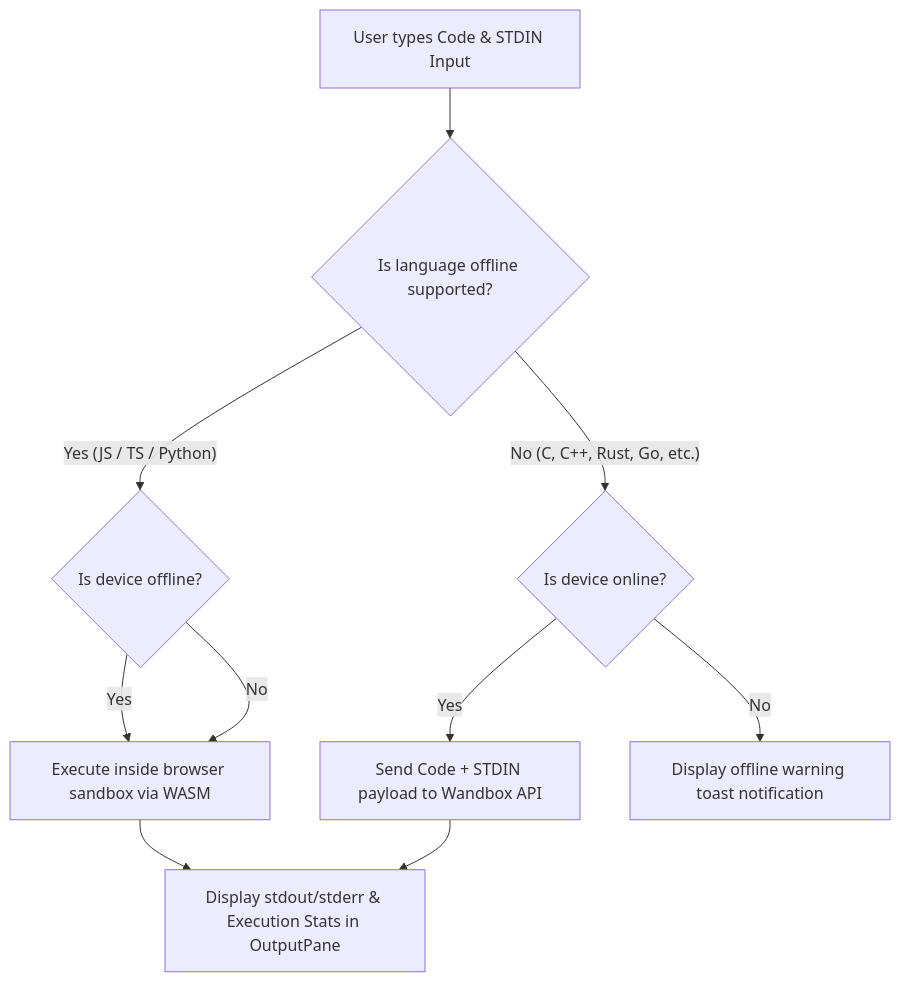
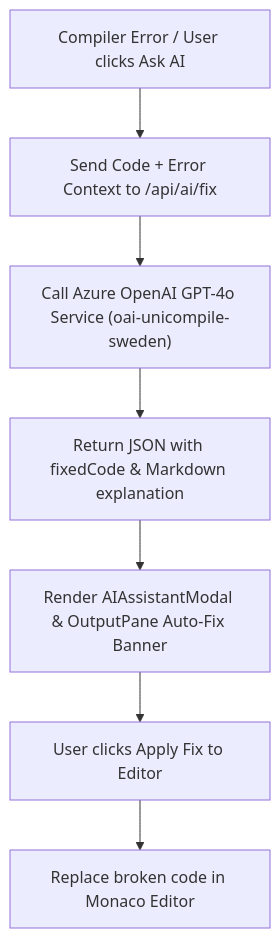
Before and after one commit to ajf013/UniCompile: the diagram in README.md, drawn with Mermaid. The commit also changed other lines of this file and 12 other files, not shown here.

Commit message:
feat: v0.3.0 release - Azure OpenAI GPT-4o integration, Auto-Fix & Explain, AI Assistant, and Code Completion APIs

````diff
--- a/README.md
+++ b/README.md
@@ -93,12 +107,9 @@
 ```mermaid
 graph TD
-    A["User types Code & STDIN Input"] --> B{"Is language offline supported?"}
-    B -->|"Yes (JS / TS / Python)"| C{"Is device offline?"}
-    C -->|"Yes"| D["Execute inside browser sandbox via WASM"]
-    C -->|"No"| D
-    B -->|"No (C, C++, Rust, Go, etc.)"| E{"Is device online?"}
-    E -->|"Yes"| F["Send Code + STDIN payload to Wandbox API"]
-    E -->|"No"| G["Display offline warning toast notification"]
-    D --> H["Display stdout/stderr & Execution Stats in OutputPane"]
-    F --> H
+    A["Compiler Error / User clicks Ask AI"] --> B["Send Code + Error Context to /api/ai/fix"]
+    B --> C["Call Azure OpenAI GPT-4o Service (oai-unicompile-sweden)"]
+    C --> D["Return JSON with fixedCode & Markdown explanation"]
+    D --> E["Render AIAssistantModal & OutputPane Auto-Fix Banner"]
+    E --> F["User clicks Apply Fix to Editor"]
+    F --> G["Replace broken code in Monaco Editor"]
 ```
````
